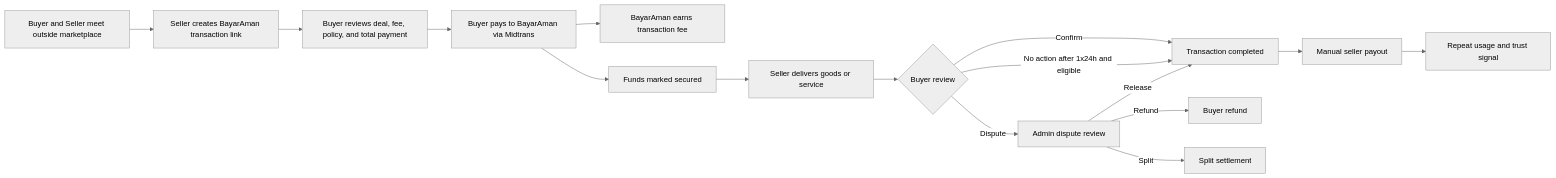
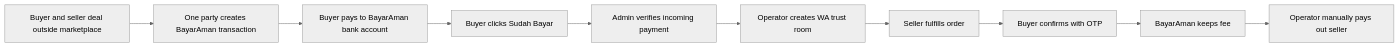
Before and after one commit to nunutech40/bayaraman: the first of 9 diagrams in TRD.md, drawn with Mermaid (neutral theme). The commit also changed other lines of this file and 7 other files, not shown here.

Commit message:
Update manual rekber flow prototype

````diff
--- a/TRD.md
+++ b/TRD.md
@@ -69,18 +61,12 @@
 ```mermaid
 flowchart LR
-  A[Buyer and Seller meet outside marketplace] --> B[Seller creates BayarAman transaction link]
-  B --> C[Buyer reviews deal, fee, policy, and total payment]
-  C --> D[Buyer pays to BayarAman via Midtrans]
-  D --> E[BayarAman earns transaction fee]
-  D --> F[Funds marked secured]
-  F --> G[Seller delivers goods or service]
-  G --> H{Buyer review}
-  H -->|Confirm| I[Transaction completed]
-  H -->|No action after 1x24h and eligible| I
-  H -->|Dispute| J[Admin dispute review]
-  J -->|Release| I
-  J -->|Refund| K[Buyer refund]
-  J -->|Split| L[Split settlement]
-  I --> M[Manual seller payout]
-  M --> N[Repeat usage and trust signal]
+  A[Buyer and seller deal outside marketplace] --> B[One party creates BayarAman transaction]
+  B --> C[Buyer pays to BayarAman bank account]
+  C --> D[Buyer clicks Sudah Bayar]
+  D --> E[Admin verifies incoming payment]
+  E --> F[Operator creates WA trust room]
+  F --> G[Seller fulfills order]
+  G --> H[Buyer confirms with OTP]
+  H --> I[BayarAman keeps fee]
+  I --> J[Operator manually pays out seller]
 ```
````
